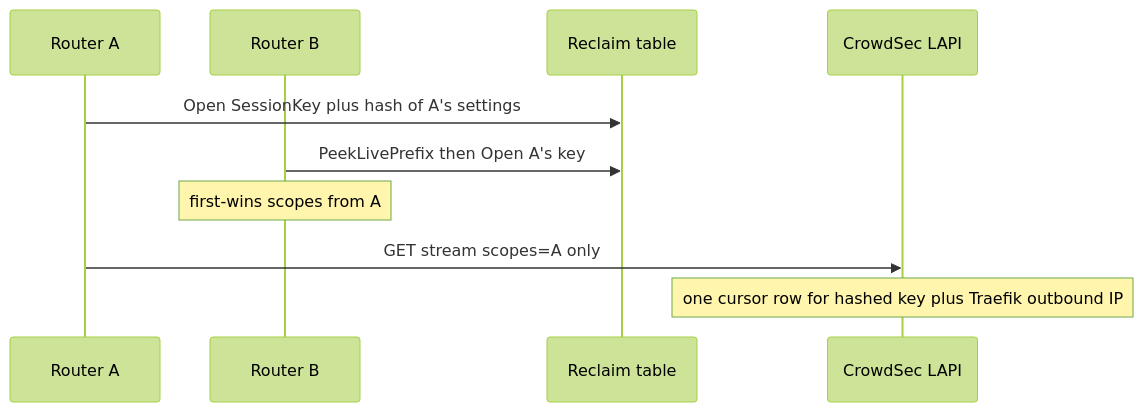
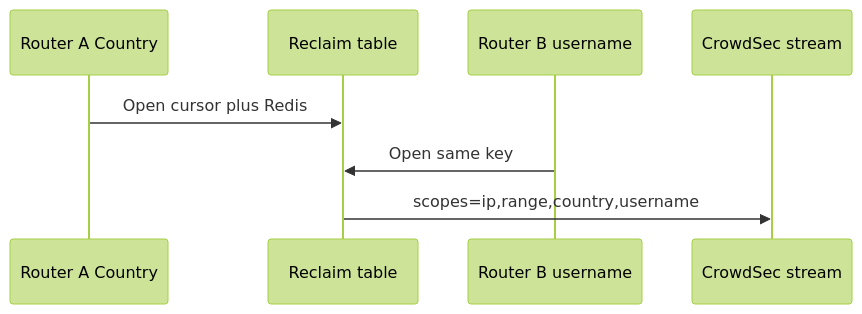
Before and after one commit to david-garcia-garcia/crowdsec-bouncer-traefik-plugin: the diagram in devstate/2026/09/2026-09-17-cursor-only-reclaim-key/card.md, drawn with Mermaid (forest theme). The commit also changed other lines of this file and 2 other files, not shown here.

Commit message:
docs: publish implement delivery card for cursor-only reclaim key

````diff
--- a/devstate/2026/09/2026-09-17-cursor-only-reclaim-key/card.md
+++ b/devstate/2026/09/2026-09-17-cursor-only-reclaim-key/card.md
@@ -17,12 +20,10 @@
 ```mermaid
 sequenceDiagram
-  participant A as Router A
-  participant B as Router B
+  participant A as Router A Country
   participant T as Reclaim table
-  participant L as CrowdSec LAPI
-  A->>T: Open SessionKey plus hash of A's settings
-  B->>T: PeekLivePrefix then Open A's key
-  Note over B: first-wins scopes from A
-  A->>L: GET stream scopes=A only
-  Note over L: one cursor row for hashed key plus Traefik outbound IP
+  participant B as Router B username
+  participant L as CrowdSec stream
+  A->>T: Open cursor plus Redis
+  B->>T: Open same key
+  T->>L: scopes=ip,range,country,username
 ```
````
